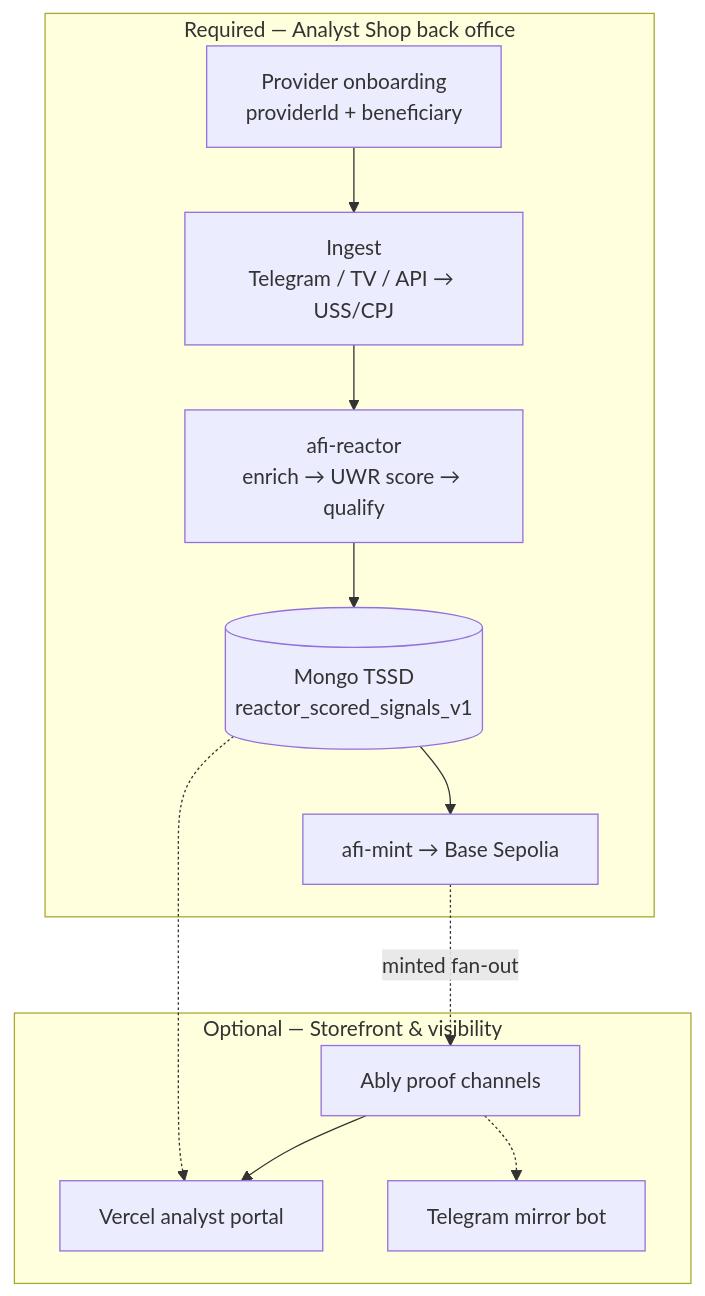
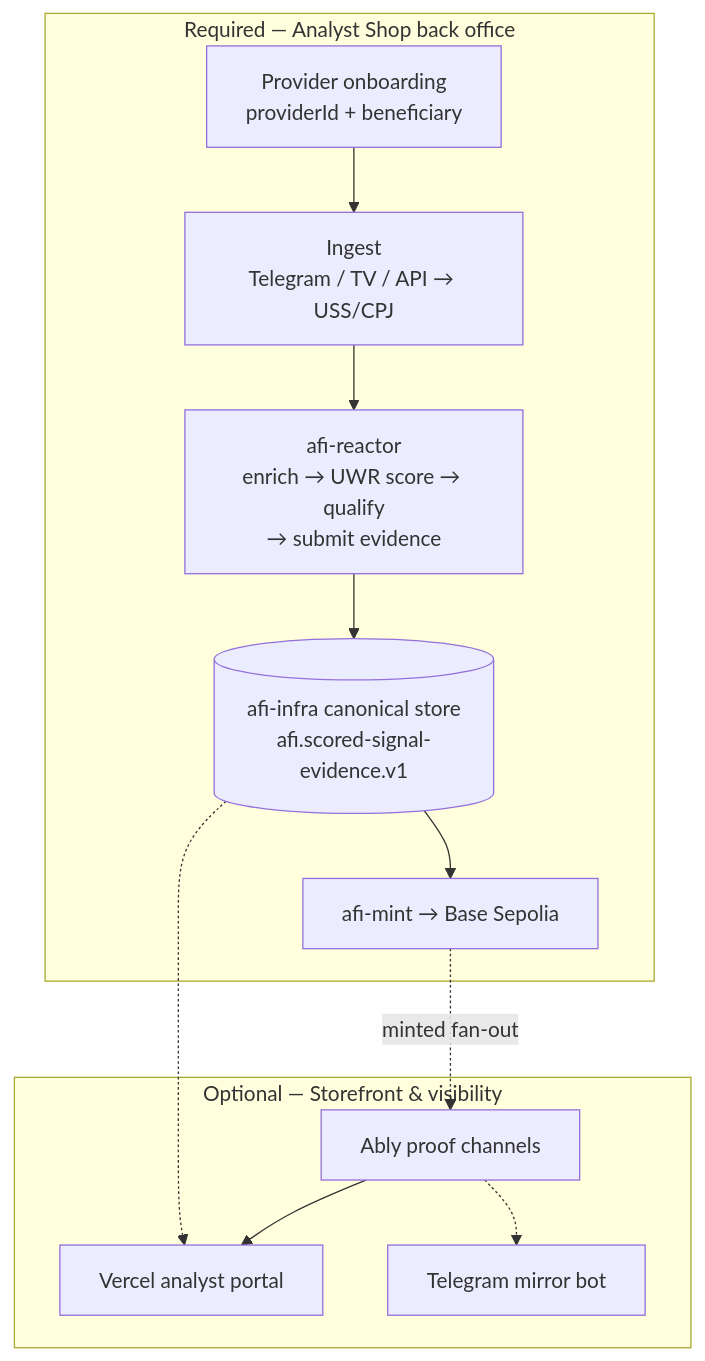
One commit to AFI-Protocol/afi-docs changed the diagram in specs/AFI_ANALYST_SHOP_MVP.md. Above: the diagram before and after it, drawn with Mermaid. The commit also changed other lines of this file and 90 other files, not shown here.

````diff
--- a/specs/AFI_ANALYST_SHOP_MVP.md
+++ b/specs/AFI_ANALYST_SHOP_MVP.md
@@ -39,21 +39,21 @@
 ```mermaid
 flowchart TB
   subgraph required["Required — Analyst Shop back office"]
     ID[Provider onboarding\nproviderId + beneficiary]
     ING[Ingest\nTelegram / TV / API → USS/CPJ]
-    RX[afi-reactor\nenrich → UWR score → qualify]
-    TSSD[(Mongo TSSD\nreactor_scored_signals_v1)]
+    RX[afi-reactor\nenrich → UWR score → qualify\n→ submit evidence]
+    TSSD[(afi-infra canonical store\nafi.scored-signal-evidence.v1)]
     MINT[afi-mint → Base Sepolia]
   end
   subgraph optional["Optional — Storefront & visibility"]
     ABLY[Ably proof channels]
     UI[Vercel analyst portal]
     TG[Telegram mirror bot]
   end
   ID --> ING --> RX --> TSSD
   TSSD --> MINT
   TSSD -.-> UI
   MINT -.->|minted fan-out| ABLY
   ABLY --> UI
   ABLY -.-> TG
 ```
````
